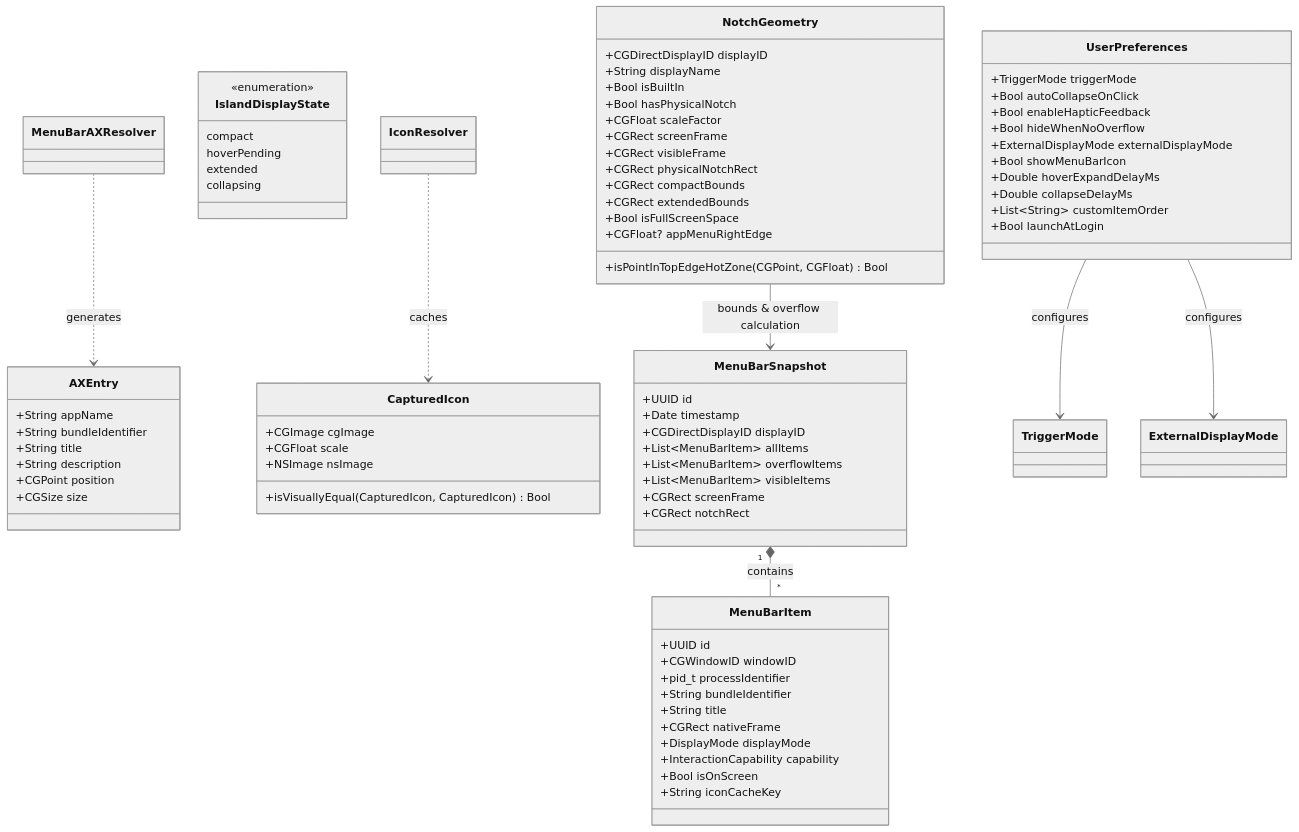
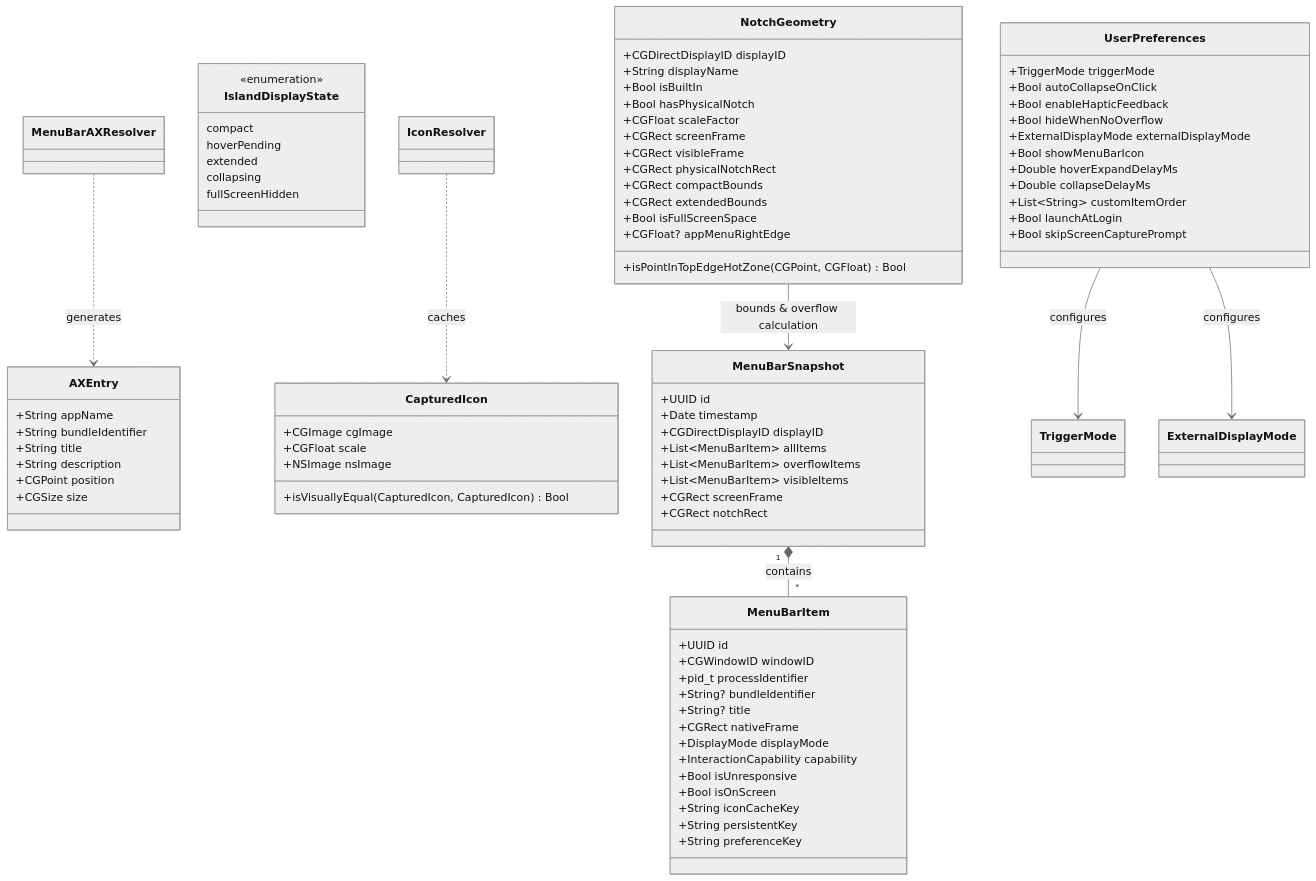
The first of 2 diagrams in docs/DOMAIN_MODEL.md (AeroSheepZ/NotchRail), drawn with Mermaid (neutral theme) before and after one commit. The commit also changed other lines of this file and 2 other files, not shown here.

```diff
--- a/docs/DOMAIN_MODEL.md
+++ b/docs/DOMAIN_MODEL.md
@@ -12,13 +16,16 @@
         +UUID id
         +CGWindowID windowID
         +pid_t processIdentifier
-        +String bundleIdentifier
-        +String title
+        +String? bundleIdentifier
+        +String? title
         +CGRect nativeFrame
         +DisplayMode displayMode
         +InteractionCapability capability
+        +Bool isUnresponsive
         +Bool isOnScreen
         +String iconCacheKey
+        +String persistentKey
+        +String preferenceKey
     }
 
     class AXEntry {
@@ -70,6 +77,7 @@
         hoverPending
         extended
         collapsing
+        fullScreenHidden
     }
 
     class UserPreferences {
@@ -83,6 +91,7 @@
         +Double collapseDelayMs
         +List~String~ customItemOrder
         +Bool launchAtLogin
+        +Bool skipScreenCapturePrompt
     }
 
     MenuBarSnapshot "1" *-- "*" MenuBarItem : contains
```
